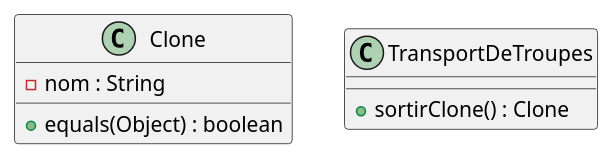
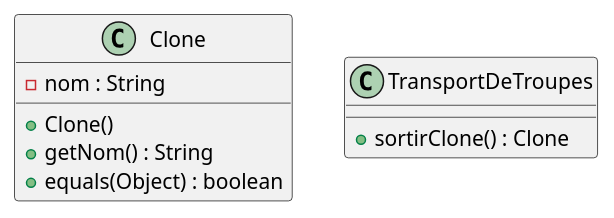
One commit to jandry/design-pattern changed the diagram in src/uml/Prototype.puml. Above: the diagram before and after it, drawn with PlantUML. The commit also changed 1 other file, not shown here.

```diff
--- a/src/uml/Prototype.puml
+++ b/src/uml/Prototype.puml
@@ -1,12 +1,14 @@
-@startuml Todo
+@startuml Prototype
 
 class Clone {
     - nom : String
+    + Clone()
+    + getNom() : String
     + equals(Object) : boolean
 }
 
 class TransportDeTroupes {
     + sortirClone() : Clone
 }
 
 @enduml
```
